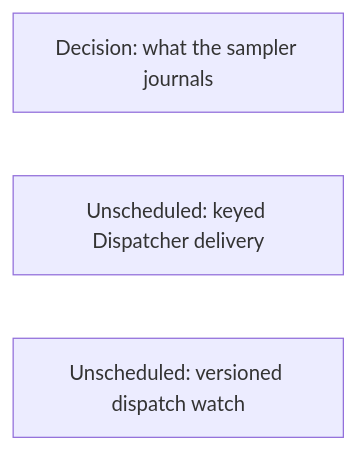
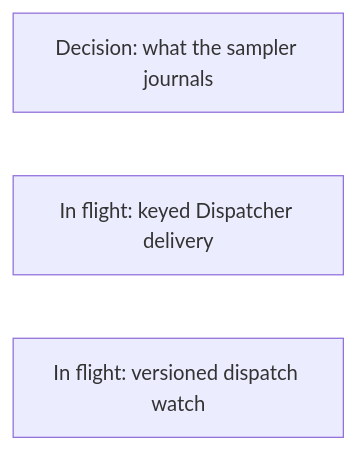
Diagram 19 of 20 in agentplane/plans/task_dag.md (agentydragon/ducktape), drawn with Mermaid before and after one commit. The commit also changed other lines of this file and 4 other files, not shown here.

````diff
--- a/agentplane/plans/task_dag.md
+++ b/agentplane/plans/task_dag.md
@@ -3791,6 +3760,6 @@
 ```mermaid
 flowchart LR
     SAMPLER_JOURNAL_DIET[Decision: what the sampler journals]
-    DISPATCHER_KEYED_DELIVERY[Unscheduled: keyed Dispatcher delivery]
-    DISPATCHER_WATCH_VERSIONS[Unscheduled: versioned dispatch watch]
+    DISPATCHER_KEYED_DELIVERY[In flight: keyed Dispatcher delivery]
+    DISPATCHER_WATCH_VERSIONS[In flight: versioned dispatch watch]
 ```
````
